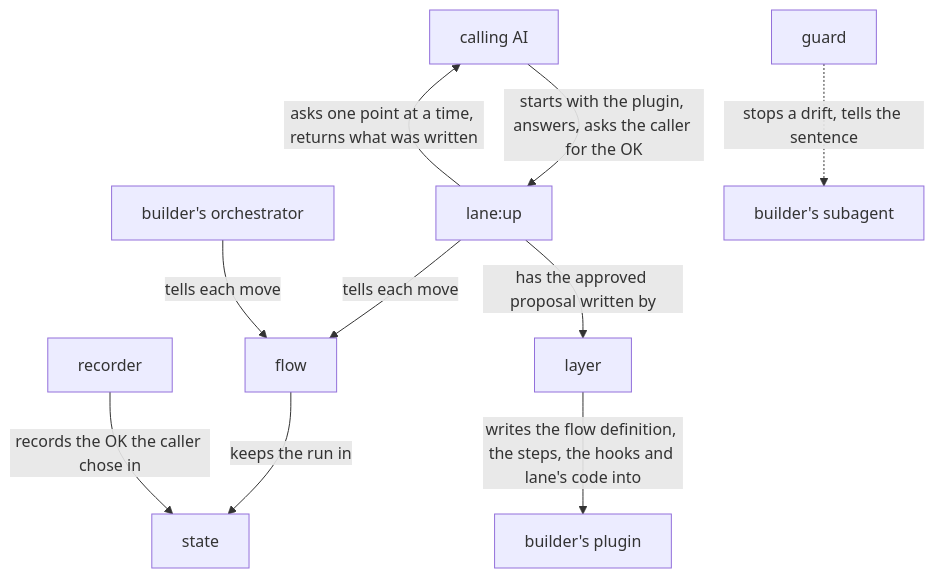
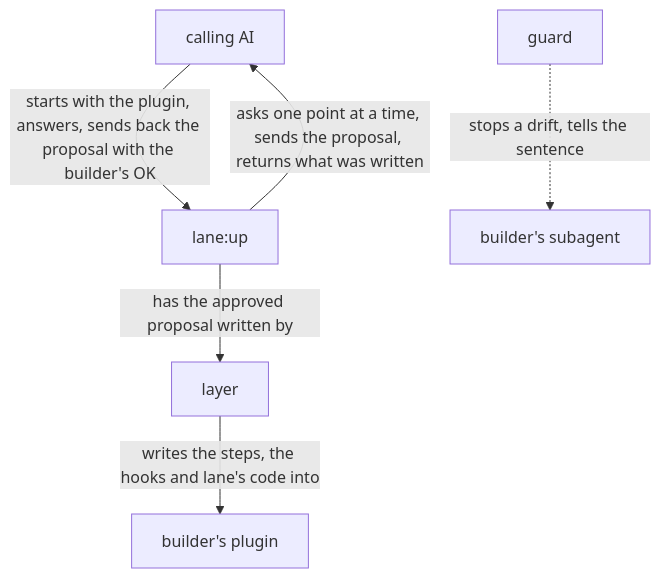
The diagram in dev/lane/design.md (lovaizu/ccpm), drawn with Mermaid before and after one commit. The commit also changed other lines of this file and 5 other files, not shown here.

First line of the commit message:
How a plugin works and lane remade to lanes alone: a course in a script only for a fixed loop, as turn's; lane lays a step's sentence with its hook and nothing more; not yet agreed

````diff
--- a/dev/lane/design.md
+++ b/dev/lane/design.md
@@ -33,22 +24,14 @@
 ```mermaid
 flowchart TB
   caller["calling AI"]
   up["lane:up"]
-  flow["flow"]
-  state["state"]
   layer["layer"]
   plugin["builder's plugin"]
-  orch["builder's orchestrator"]
-  recorder["recorder"]
   guard["guard"]
   sub["builder's subagent"]
-  caller -->|starts with the plugin, answers, asks the caller for the OK| up
-  up -->|asks one point at a time, returns what was written| caller
-  up -->|tells each move| flow
-  orch -->|tells each move| flow
-  flow -->|keeps the run in| state
+  caller -->|starts with the plugin, answers, sends back the proposal with the builder's OK| up
+  up -->|asks one point at a time, sends the proposal, returns what was written| caller
   up -->|has the approved proposal written by| layer
-  layer -->|writes the flow definition, the steps, the hooks and lane's code into| plugin
-  recorder -->|records the OK the caller chose in| state
+  layer -->|writes the steps, the hooks and lane's code into| plugin
   guard -.->|stops a drift, tells the sentence| sub
 ```
````
